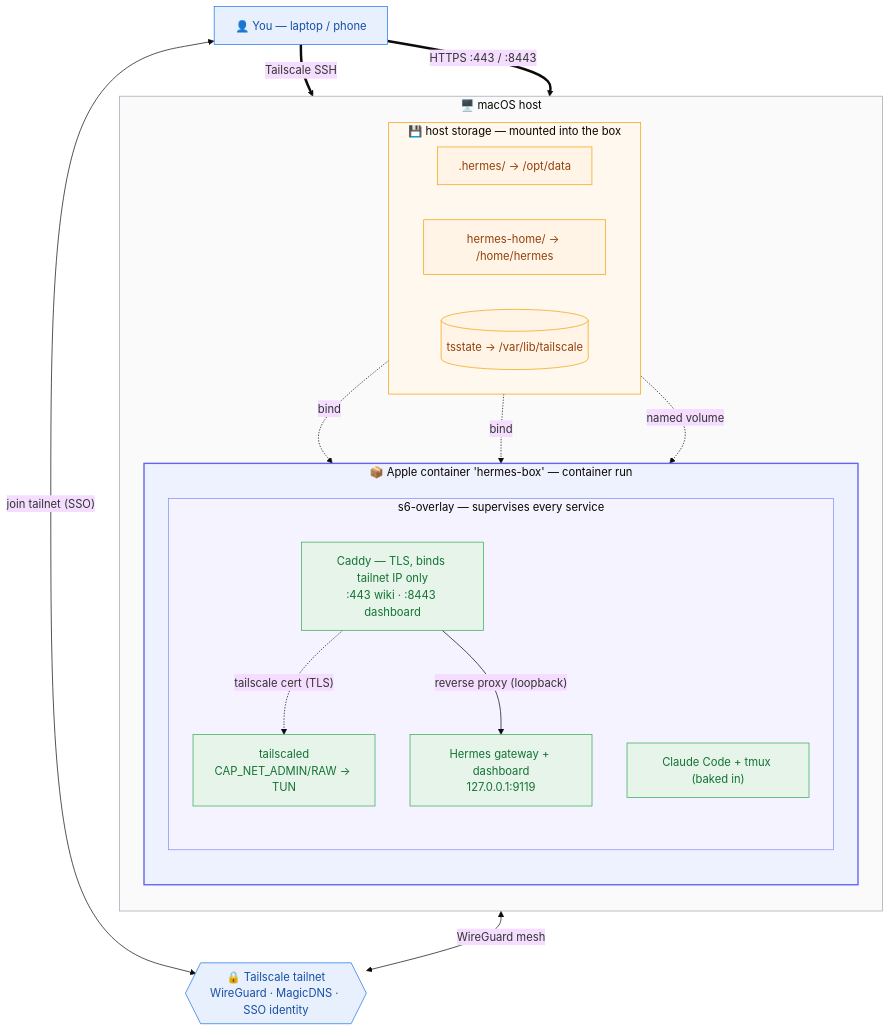
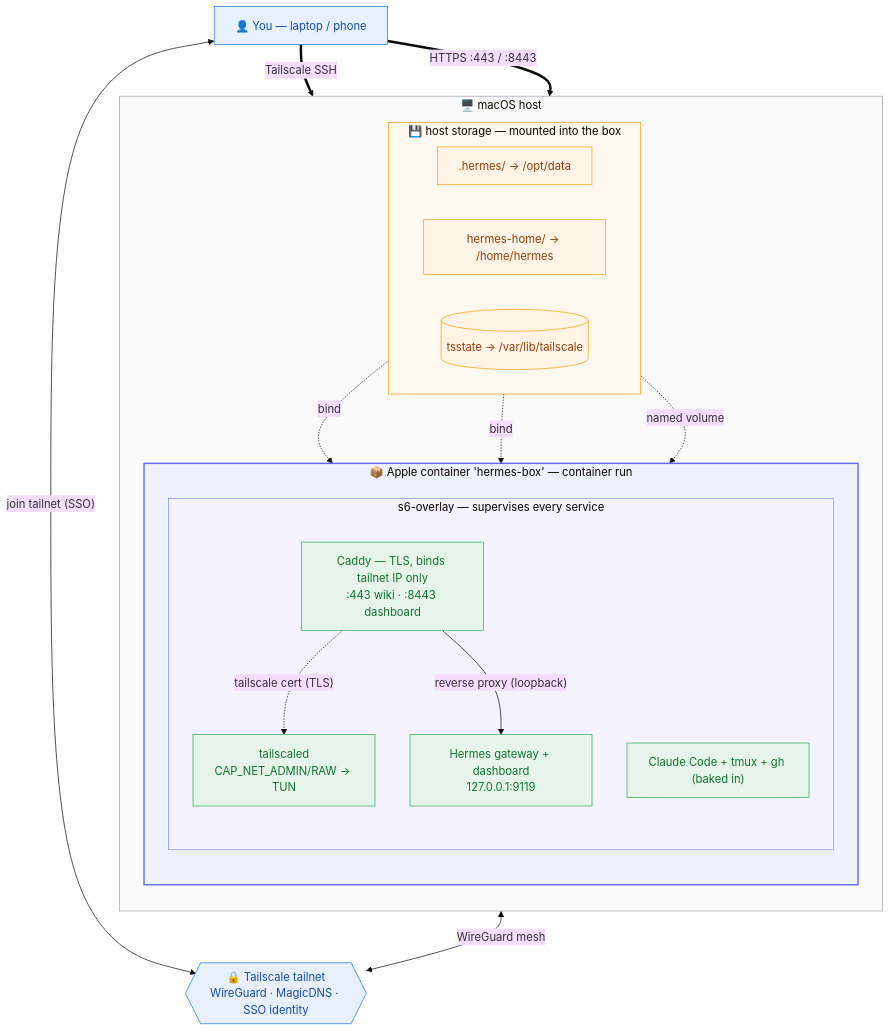
One commit to nilushan/hermes-box changed the diagram in README.md. Above: the diagram before and after it, drawn with Mermaid (base theme). The commit also changed 2 other files, not shown here.

Commit message:
feat(image): install gh (GitHub CLI) in the box
Lets the in-box agent clone/push/open PRs against GitHub. Not in Debian
main, so pull the pinned release tarball (same pattern as Tailscale/Caddy),
plus a `gh --version` health check and a README note.

````diff
--- a/README.md
+++ b/README.md
@@ -62,51 +62,51 @@
 ```mermaid
 flowchart TB
   user["👤 You — laptop / phone"]
   tsnet{{"🔒 Tailscale tailnet<br/>WireGuard · MagicDNS · SSO identity"}}
 
   subgraph host["🖥️ macOS host"]
     direction TB
     subgraph container["📦 Apple container 'hermes-box' — container run"]
       direction TB
       subgraph s6["s6-overlay — supervises every service"]
         direction TB
         tailscaled["tailscaled<br/>CAP_NET_ADMIN/RAW → TUN"]
         caddy["Caddy — TLS, binds tailnet IP only<br/>:443 wiki · :8443 dashboard"]
         hermes["Hermes gateway + dashboard<br/>127.0.0.1:9119"]
-        claude["Claude Code + tmux (baked in)"]
+        claude["Claude Code + tmux + gh (baked in)"]
       end
     end
     subgraph storage["💾 host storage — mounted into the box"]
       direction LR
       d_hermes[".hermes/ → /opt/data"]
       d_home["hermes-home/ → /home/hermes"]
       tsvol[("tsstate → /var/lib/tailscale")]
     end
   end
 
   %% secure access — everything arrives over the encrypted tailnet
   user <-->|"join tailnet (SSO)"| tsnet
   tailscaled <-->|"WireGuard mesh"| tsnet
   user == "Tailscale SSH" ==> tailscaled
   user == "HTTPS :443 / :8443" ==> caddy
 
   %% inside the box
   caddy -->|"reverse proxy (loopback)"| hermes
   caddy -. "tailscale cert (TLS)" .-> tailscaled
 
   %% mounts
   d_hermes -. bind .-> hermes
   d_home -. bind .-> hermes
   tsvol -. "named volume" .-> tailscaled
 
   classDef ext fill:#e8f0fe,stroke:#1a73e8,color:#174ea6;
   classDef store fill:#fff4e5,stroke:#f59e0b,color:#92400e;
   classDef svc fill:#e6f4ea,stroke:#34a853,color:#137333;
   class user,tsnet ext;
   class d_hermes,d_home,tsvol store;
   class hermes,caddy,tailscaled,claude svc;
   style container fill:#eef2ff,stroke:#6366f1,stroke-width:2px;
   style s6 fill:#f5f3ff,stroke:#818cf8;
   style host fill:#fafafa,stroke:#9ca3af;
   style storage fill:#fff8ef,stroke:#f59e0b;
 ```
````
